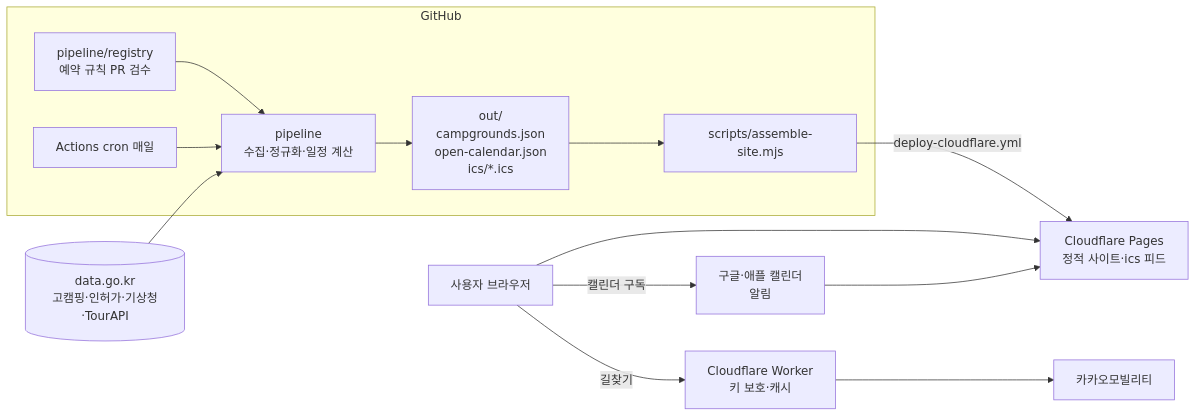
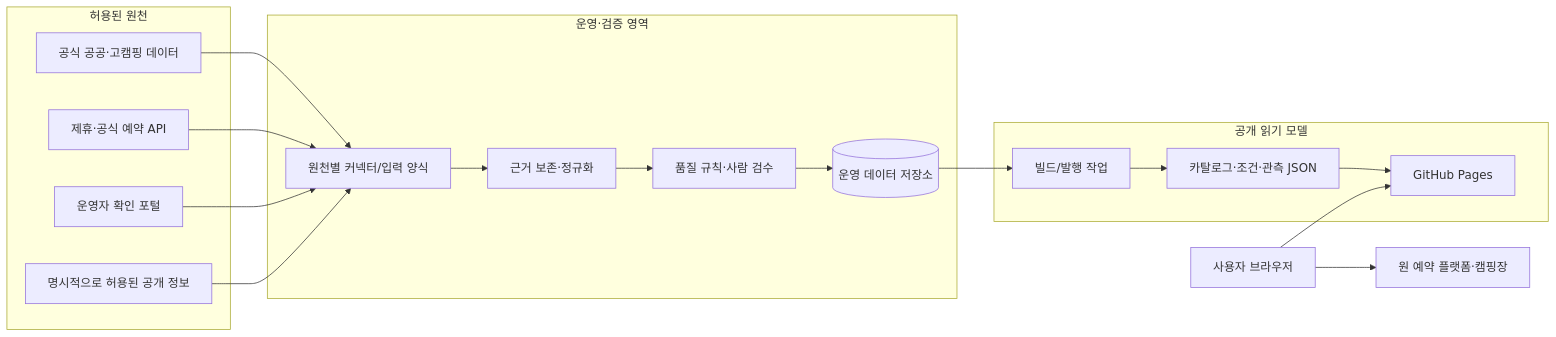
The diagram in docs/ARCHITECTURE.md (pyw31337/camp), drawn with Mermaid before and after one commit. The commit also changed other lines of this file and 3 other files, not shown here.

````diff
--- a/docs/ARCHITECTURE.md
+++ b/docs/ARCHITECTURE.md
@@ -26,15 +43,32 @@
 ```mermaid
 flowchart LR
-  subgraph GH[GitHub]
-    R[pipeline/registry\n예약 규칙 PR 검수] --> P
-    A[Actions cron 매일] --> P[pipeline\n수집·정규화·일정 계산]
-    P --> O[out/\ncampgrounds.json\nopen-calendar.json\nics/*.ics]
-    O --> S[scripts/assemble-site.mjs]
+  subgraph sources[허용된 원천]
+    G[공식 공공·고캠핑 데이터]
+    A[제휴·공식 예약 API]
+    O[운영자 확인 포털]
+    P[명시적으로 허용된 공개 정보]
   end
-  D[(data.go.kr\n고캠핑·인허가·기상청·TourAPI)] --> P
-  S -->|deploy-cloudflare.yml| CF[Cloudflare Pages\n정적 사이트·ics 피드]
-  U[사용자 브라우저] --> CF
-  U -->|캘린더 구독| CAL[구글·애플 캘린더\n알림]
-  CAL --> CF
-  U -->|길찾기| W[Cloudflare Worker\n키 보호·캐시] --> K[카카오모빌리티]
+
+  subgraph operate[운영·검증 영역]
+    C[원천별 커넥터/입력 양식]
+    E[근거 보존·정규화]
+    Q[품질 규칙·사람 검수]
+    DB[(운영 데이터 저장소)]
+    C --> E --> Q --> DB
+  end
+
+  G --> C
+  A --> C
+  O --> C
+  P --> C
+
+  subgraph publish[공개 읽기 모델]
+    B[빌드/발행 작업]
+    J[카탈로그·조건·관측 JSON]
+    S[GitHub Pages]
+    DB --> B --> J --> S
+  end
+
+  U[사용자 브라우저] --> S
+  U --> R[원 예약 플랫폼·캠핑장]
 ```
````
